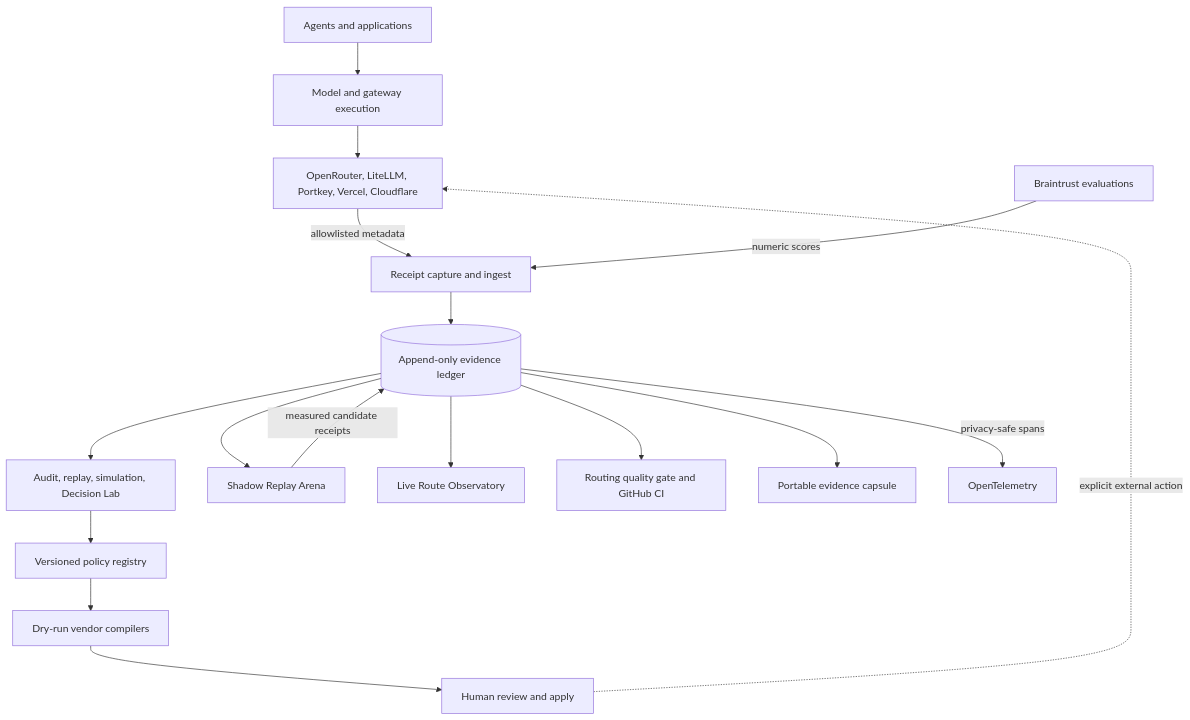
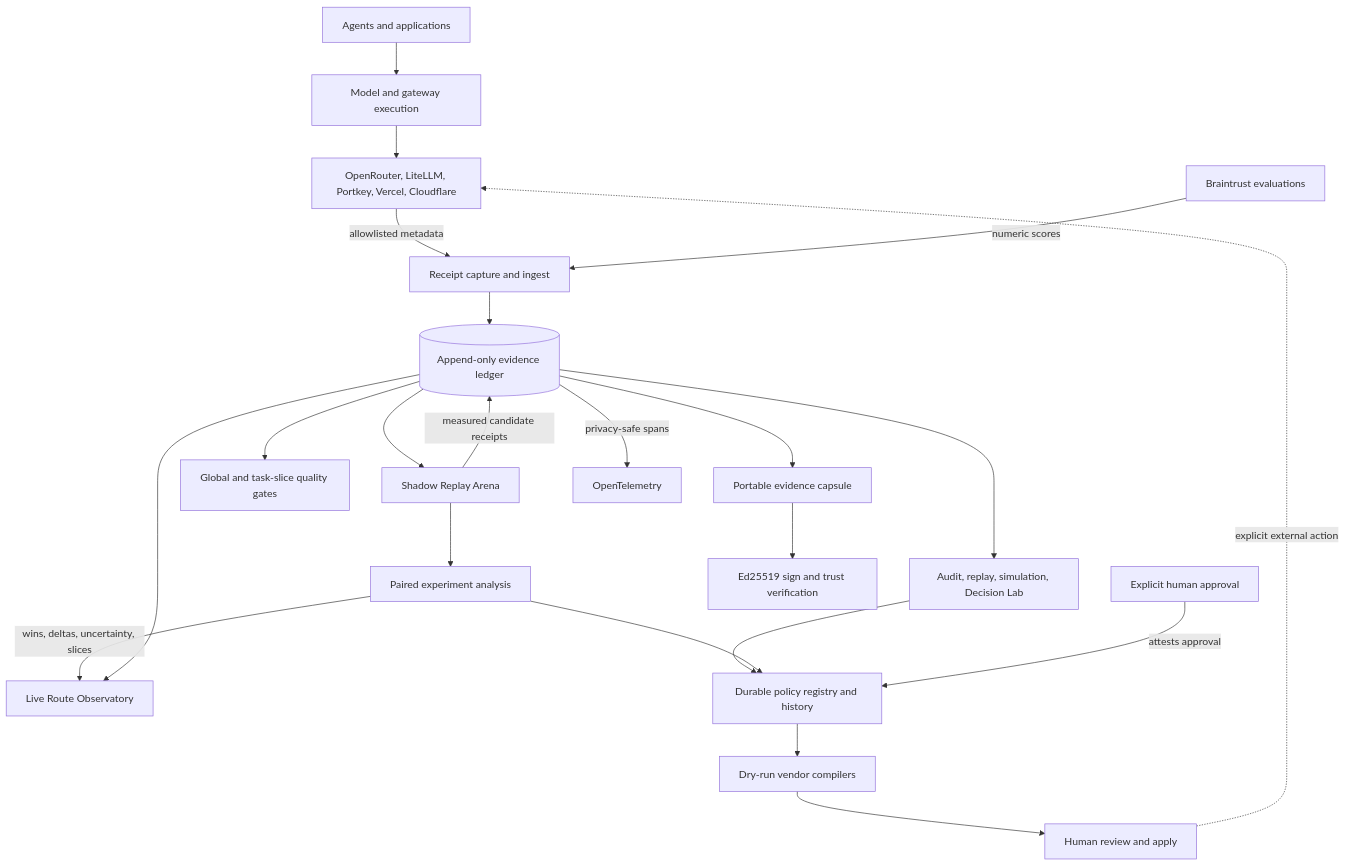
Before and after one commit to abhid1234/AgentRoute: the diagram in docs/architecture.md, drawn with Mermaid. The commit also changed other lines of this file and 12 other files, not shown here.

````diff
--- a/docs/architecture.md
+++ b/docs/architecture.md
@@ -8,19 +8,24 @@
 ```mermaid
 flowchart TB
   APP[Agents and applications] --> EXEC[Model and gateway execution]
   EXEC --> SOURCES[OpenRouter, LiteLLM, Portkey, Vercel, Cloudflare]
   SOURCES -->|allowlisted metadata| CAPTURE[Receipt capture and ingest]
   BRAIN[Braintrust evaluations] -->|numeric scores| CAPTURE
   CAPTURE --> LEDGER[(Append-only evidence ledger)]
   LEDGER --> ANALYZE[Audit, replay, simulation, Decision Lab]
   LEDGER --> ARENA[Shadow Replay Arena]
   ARENA -->|measured candidate receipts| LEDGER
-  LEDGER --> OBS[Live Route Observatory]
-  LEDGER --> GATE[Routing quality gate and GitHub CI]
+  ARENA --> EXPERIMENT[Paired experiment analysis]
+  EXPERIMENT -->|wins, deltas, uncertainty, slices| OBS[Live Route Observatory]
+  LEDGER --> OBS
+  LEDGER --> GATE[Global and task-slice quality gates]
   LEDGER --> CAPSULE[Portable evidence capsule]
-  ANALYZE --> POLICY[Versioned policy registry]
+  CAPSULE --> SIGN[Ed25519 sign and trust verification]
+  ANALYZE --> POLICY[Durable policy registry and history]
+  EXPERIMENT --> POLICY
+  HUMAN[Explicit human approval] -->|attests approval| POLICY
   POLICY --> COMPILE[Dry-run vendor compilers]
   COMPILE --> REVIEW[Human review and apply]
   REVIEW -. explicit external action .-> SOURCES
   LEDGER -->|privacy-safe spans| OTEL[OpenTelemetry]
 ```
````
